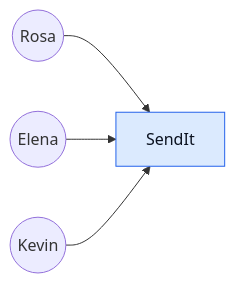
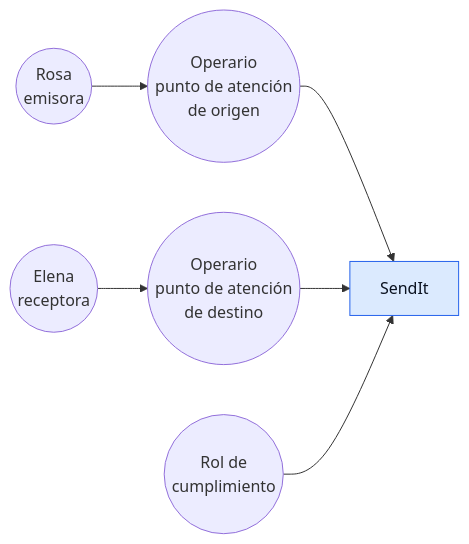
The first of 3 diagrams in LAB03-SendIt/redale/L-listar-componentes/README.md (LuisMUtec/SWA-Labs), drawn with Mermaid before and after one commit. The commit also changed other lines of this file, not shown here.

````diff
--- a/LAB03-SendIt/redale/L-listar-componentes/README.md
+++ b/LAB03-SendIt/redale/L-listar-componentes/README.md
@@ -97,9 +117,11 @@
 ```mermaid
 flowchart LR
-  Rosa(( Rosa )) --> APP[ SendIt ]
-  Elena(( Elena )) --> APP
-  Kevin(( Kevin )) --> APP
+  ROSA(( Rosa<br/>emisora )) --> OPO(( Operario<br/>punto de atención<br/>de origen ))
+  ELENA(( Elena<br/>receptora )) --> OPD(( Operario<br/>punto de atención<br/>de destino ))
+  OPO --> APP[ SendIt ]
+  OPD --> APP
+  CUMP(( Rol de<br/>cumplimiento )) --> APP
 
   classDef propio fill:#dbeafe,stroke:#2563eb,color:#0b1220;
   class APP propio;
 ```
````
